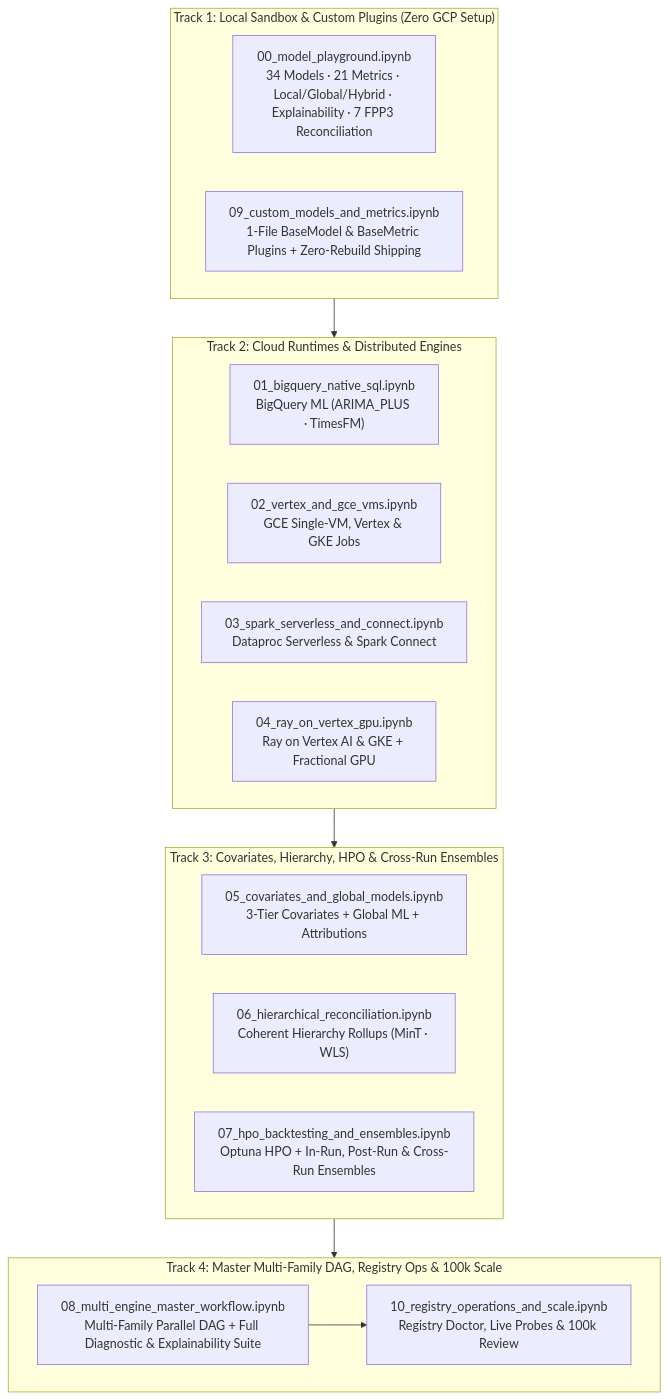
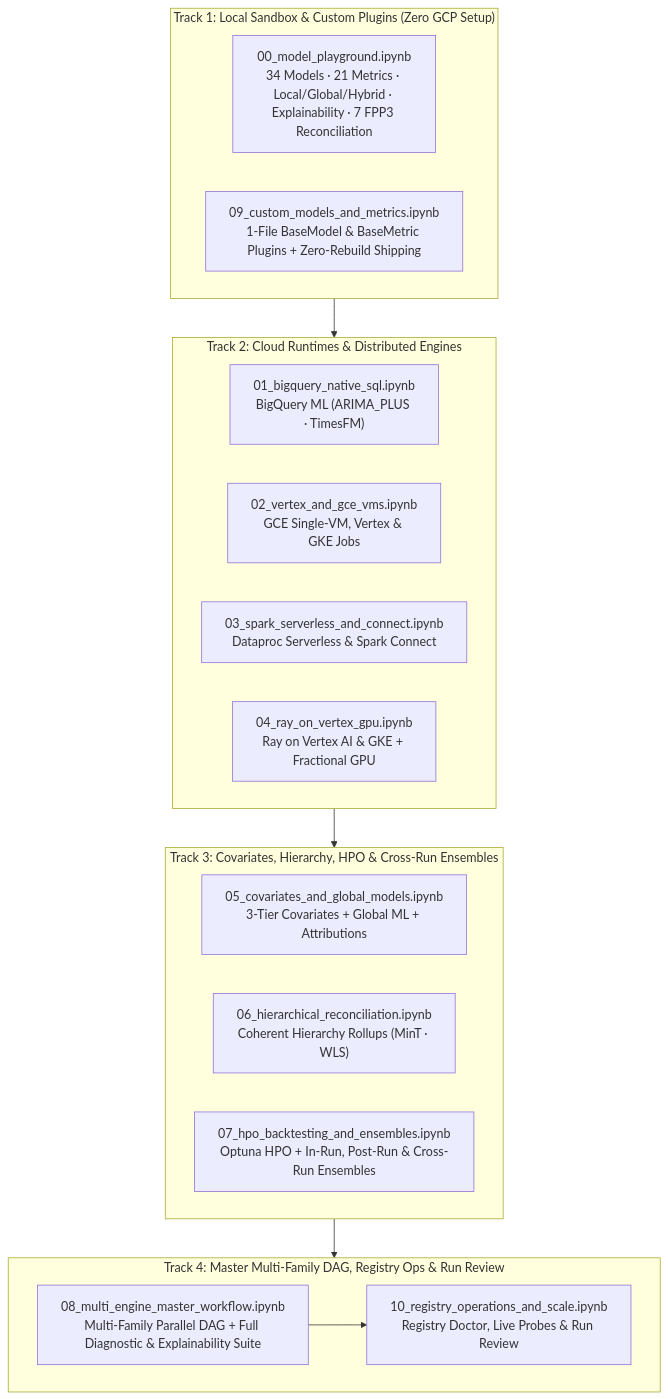
Before and after one commit to statmike/scale-forecasting: the fifth of 6 diagrams in README.md, drawn with Mermaid. The commit also changed 20 other files, not shown here.

````diff
--- a/README.md
+++ b/README.md
@@ -616,29 +616,29 @@
 ```mermaid
 flowchart TD
     subgraph Track1["Track 1: Local Sandbox & Custom Plugins (Zero GCP Setup)"]
         NB00["00_model_playground.ipynb<br/>34 Models · 21 Metrics · Local/Global/Hybrid · Explainability · 7 FPP3 Reconciliation"]
         NB09["09_custom_models_and_metrics.ipynb<br/>1-File BaseModel & BaseMetric Plugins + Zero-Rebuild Shipping"]
     end
 
     subgraph Track2["Track 2: Cloud Runtimes & Distributed Engines"]
         direction LR
         NB01["01_bigquery_native_sql.ipynb<br/>BigQuery ML (ARIMA_PLUS · TimesFM)"]
         NB02["02_vertex_and_gce_vms.ipynb<br/>GCE Single-VM, Vertex & GKE Jobs"]
         NB03["03_spark_serverless_and_connect.ipynb<br/>Dataproc Serverless & Spark Connect"]
         NB04["04_ray_on_vertex_gpu.ipynb<br/>Ray on Vertex AI & GKE + Fractional GPU"]
     end
 
     subgraph Track3["Track 3: Covariates, Hierarchy, HPO & Cross-Run Ensembles"]
         direction LR
         NB05["05_covariates_and_global_models.ipynb<br/>3-Tier Covariates + Global ML + Attributions"]
         NB06["06_hierarchical_reconciliation.ipynb<br/>Coherent Hierarchy Rollups (MinT · WLS)"]
         NB07["07_hpo_backtesting_and_ensembles.ipynb<br/>Optuna HPO + In-Run, Post-Run & Cross-Run Ensembles"]
     end
 
-    subgraph Track4["Track 4: Master Multi-Family DAG, Registry Ops & 100k Scale"]
+    subgraph Track4["Track 4: Master Multi-Family DAG, Registry Ops & Run Review"]
         direction LR
-        NB08["08_multi_engine_master_workflow.ipynb<br/>Multi-Family Parallel DAG + Full Diagnostic & Explainability Suite"] --> NB10["10_registry_operations_and_scale.ipynb<br/>Registry Doctor, Live Probes & 100k Review"]
+        NB08["08_multi_engine_master_workflow.ipynb<br/>Multi-Family Parallel DAG + Full Diagnostic & Explainability Suite"] --> NB10["10_registry_operations_and_scale.ipynb<br/>Registry Doctor, Live Probes & Run Review"]
     end
 
     Track1 --> Track2 --> Track3 --> Track4
 ```
````
